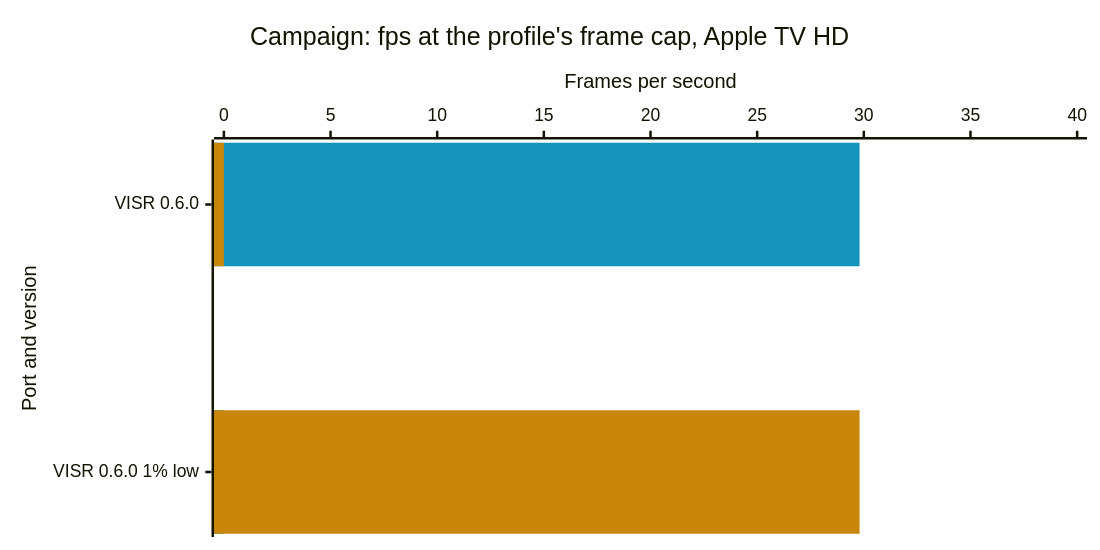
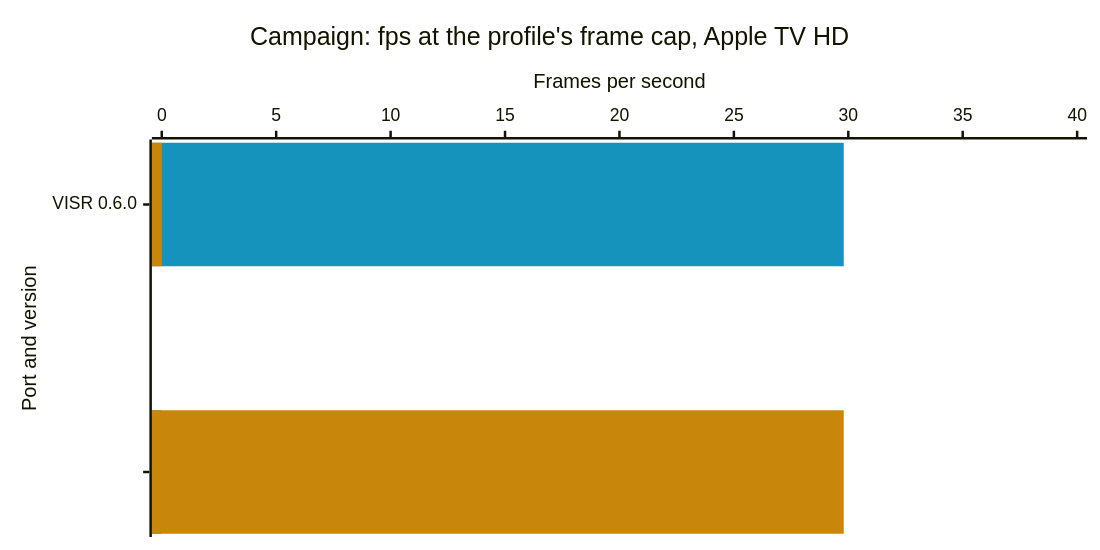
One commit to steverice/visr changed the third of 6 diagrams in docs/benchmarks.md. Above: the diagram before and after it, drawn with Mermaid. The commit also changed other lines of this file and 8 other files, not shown here.

First line of the commit message:
📝 docs(benchmarks): group each build's average and 1% low bars under one axis label with a gap between builds — `charts.source` and `chartSource` add an empty row between builds and blank the second row's label

````diff
--- a/docs/benchmarks.md
+++ b/docs/benchmarks.md
@@ -78,17 +78,17 @@
 ```mermaid
 ---
 config:
   xyChart:
     width: 860
     height: 420
   themeVariables:
     xyChart:
       plotColorPalette: "#1593bd, #c8870a"
 ---
 xychart-beta horizontal
     title "Campaign: fps at the profile's frame cap, Apple TV HD"
-    x-axis "Port and version" ["VISR 0.6.0", "VISR 0.6.0 1% low"]
+    x-axis "Port and version" ["VISR 0.6.0", "⠀⠀"]
     y-axis "Frames per second" 0 --> 40
     bar [29.8, 0]
     bar [0, 29.8]
 ```
````
